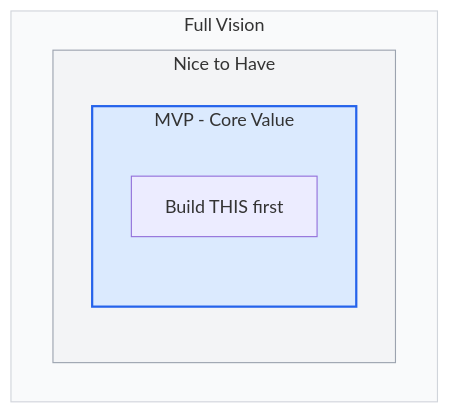
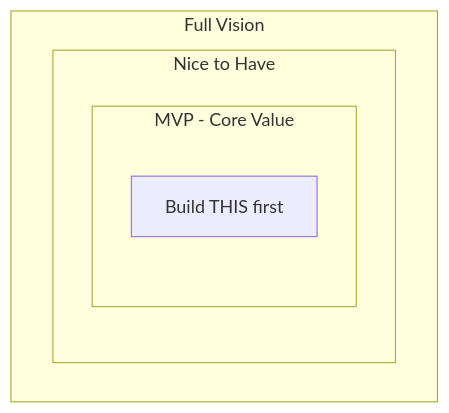
Before and after one commit to cis-ieee-mbu/crafting-the-web: the diagram in 02-ideation/ideation.md, drawn with Mermaid. The commit also changed other lines of this file and 13 other files, not shown here.

Commit message:
Updated documentation and fixed Mermaid diagram compatibility

````diff
--- a/02-ideation/ideation.md
+++ b/02-ideation/ideation.md
@@ -95,14 +95,10 @@
 ```mermaid
 flowchart TD
     subgraph FULL["Full Vision"]
         subgraph NICE["Nice to Have"]
             subgraph MVP["MVP - Core Value"]
                 core["Build THIS first"]
             end
         end
     end
-
-    style MVP fill:#dbeafe,stroke:#2563eb,stroke-width:2px
-    style NICE fill:#f3f4f6,stroke:#9ca3af
-    style FULL fill:#f9fafb,stroke:#d1d5db
 ```
````
